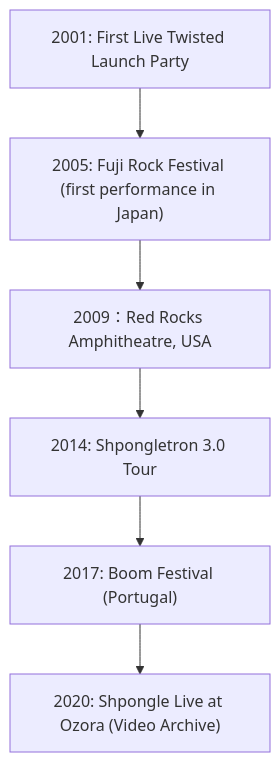
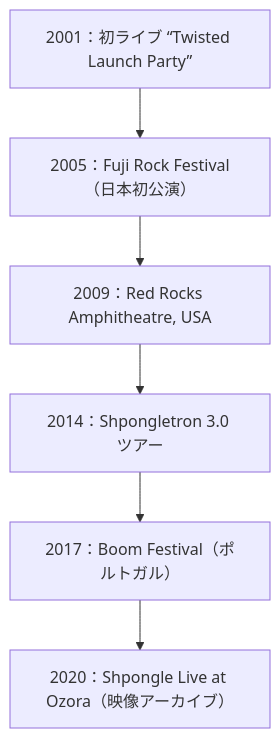
One commit to monumental-movement/monumental-movement.github.io changed the third of 4 diagrams in en/_posts/2025-10-05-Column-Shpongle.md. Above: the diagram before and after it, drawn with Mermaid. The commit also changed other lines of this file and 2196 other files, not shown here.

```diff
--- a/en/_posts/2025-10-05-Column-Shpongle.md
+++ b/en/_posts/2025-10-05-Column-Shpongle.md
@@ -131,10 +131,10 @@
 <div class="mermaid">
 
 flowchart TD
-  L2001["2001: First Live "Twisted Launch Party""] --> L2005["2005: Fuji Rock Festival (first performance in Japan)"]
+  L2001["2001：初ライブ “Twisted Launch Party”"] --> L2005["2005：Fuji Rock Festival（日本初公演）"]
   L2005 --> L2009["2009：Red Rocks Amphitheatre, USA"]
-  L2009 --> L2014["2014: Shpongletron 3.0 Tour"]
-  L2014 --> L2017["2017: Boom Festival (Portugal)"]
-  L2017 --> L2020["2020: Shpongle Live at Ozora (Video Archive)"]
+  L2009 --> L2014["2014：Shpongletron 3.0 ツアー"]
+  L2014 --> L2017["2017：Boom Festival（ポルトガル）"]
+  L2017 --> L2020["2020：Shpongle Live at Ozora（映像アーカイブ）"]
 
 </div>
```
